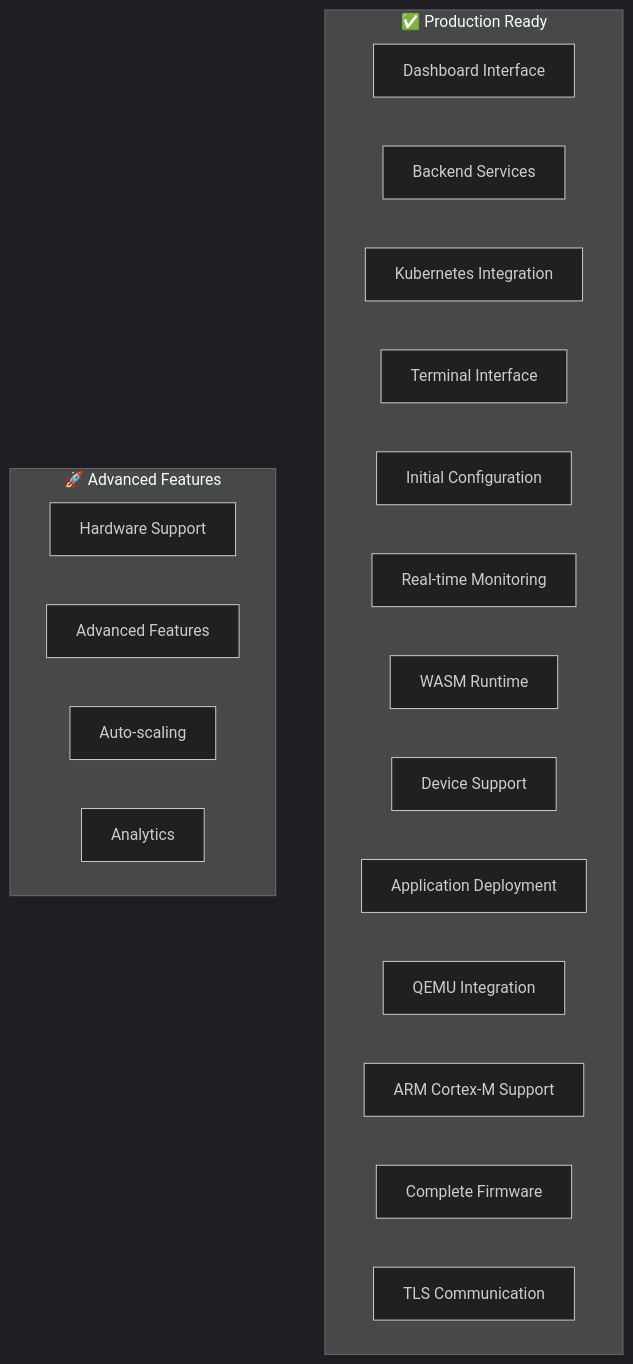
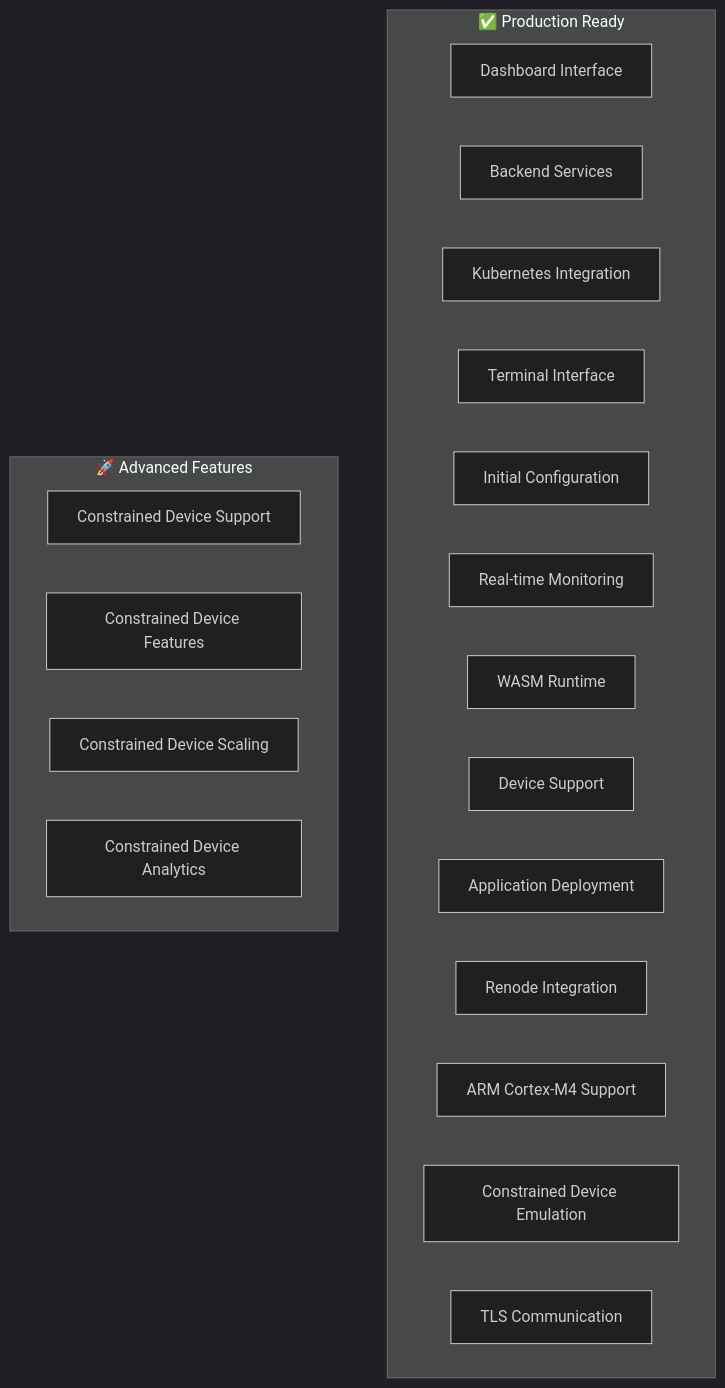
Before and after one commit to lucadagati/retrospect: diagram 11 of 11 in retrospect/README.md, drawn with Mermaid (dark theme). The commit also changed other lines of this file and 48 other files, not shown here.

````diff
--- a/retrospect/README.md
+++ b/retrospect/README.md
@@ -477,25 +479,25 @@
 ```mermaid
 graph TB
     subgraph "✅ Production Ready"
         DASH[Dashboard Interface]
         API[Backend Services]
         K8S[Kubernetes Integration]
         TERM[Terminal Interface]
         CONFIG[Initial Configuration]
         MONITOR[Real-time Monitoring]
         WASM[WASM Runtime]
         DEVICE[Device Support]
         DEPLOY[Application Deployment]
-        QEMU[QEMU Integration]
-        ARM[ARM Cortex-M Support]
-        FIRMWARE[Complete Firmware]
+        Renode[Renode Integration]
+        ARM[ARM Cortex-M4 Support]
+        FIRMWARE[Constrained Device Emulation]
         TLS[TLS Communication]
     end
     
     subgraph "🚀 Advanced Features"
-        HARDWARE[Hardware Support]
-        ADVANCED[Advanced Features]
-        SCALING[Auto-scaling]
-        ANALYTICS[Analytics]
+        HARDWARE[Constrained Device Support]
+        ADVANCED[Constrained Device Features]
+        SCALING[Constrained Device Scaling]
+        ANALYTICS[Constrained Device Analytics]
     end
 ```
````
